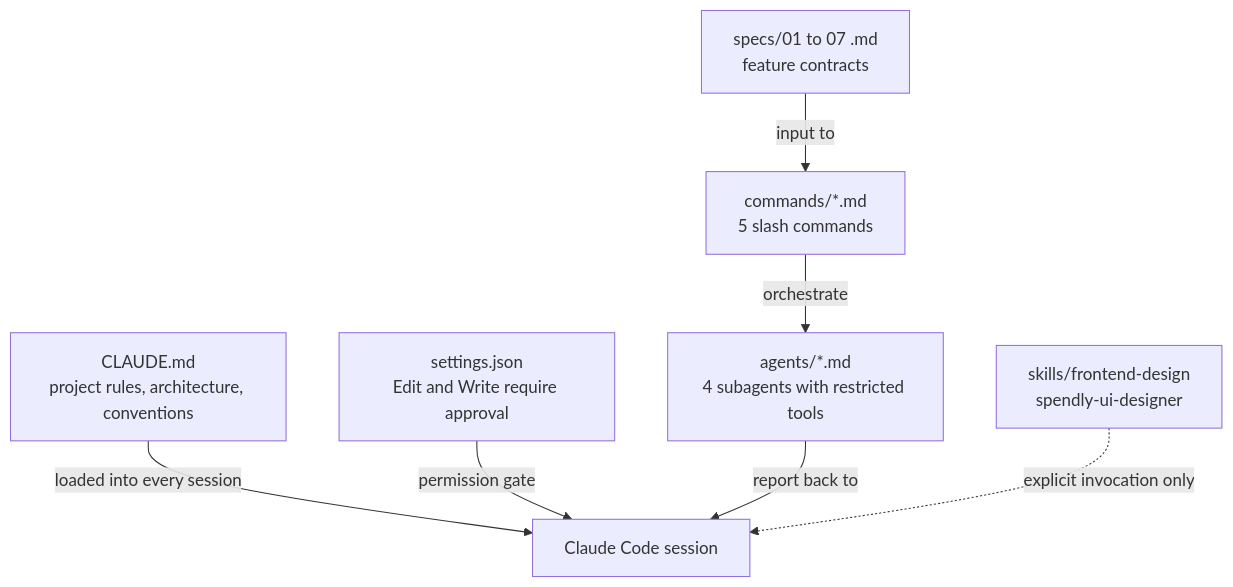
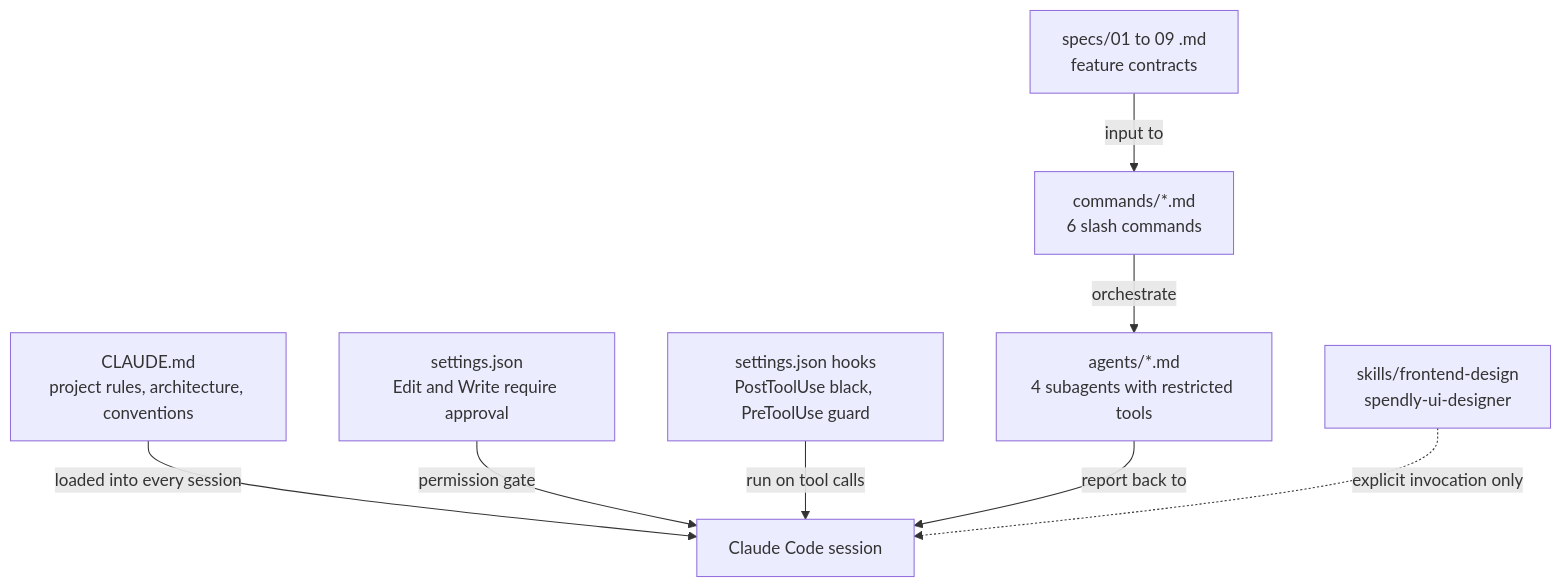
One commit to zohaibshahzadkhan/claudeProject changed the second of 6 diagrams in README.md. Above: the diagram before and after it, drawn with Mermaid. The commit also changed other lines of this file, not shown here.

First line of the commit message:
docs: update README for edit, delete, hooks, and ship-feature

````diff
--- a/README.md
+++ b/README.md
@@ -100,9 +100,10 @@
 ```mermaid
 flowchart TD
     CM["CLAUDE.md<br/>project rules, architecture, conventions"] -->|"loaded into every session"| Session["Claude Code session"]
     Settings["settings.json<br/>Edit and Write require approval"] -->|"permission gate"| Session
-    Specs["specs/01 to 07 .md<br/>feature contracts"] -->|"input to"| Cmds
-    Cmds["commands/*.md<br/>5 slash commands"] -->|"orchestrate"| Agents
+    Hooks["settings.json hooks<br/>PostToolUse black, PreToolUse guard"] -->|"run on tool calls"| Session
+    Specs["specs/01 to 09 .md<br/>feature contracts"] -->|"input to"| Cmds
+    Cmds["commands/*.md<br/>6 slash commands"] -->|"orchestrate"| Agents
     Agents["agents/*.md<br/>4 subagents with restricted tools"] -->|"report back to"| Session
     Skill["skills/frontend-design<br/>spendly-ui-designer"] -.->|"explicit invocation only"| Session
 ```
````
